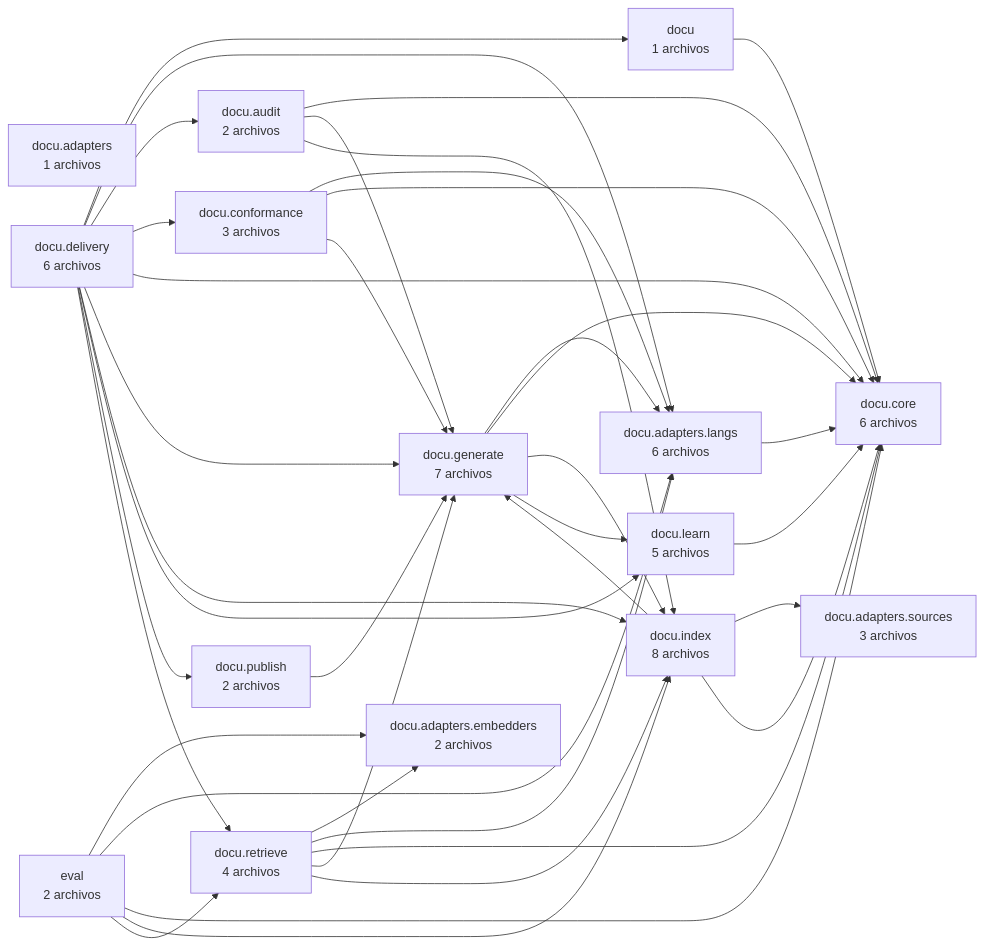
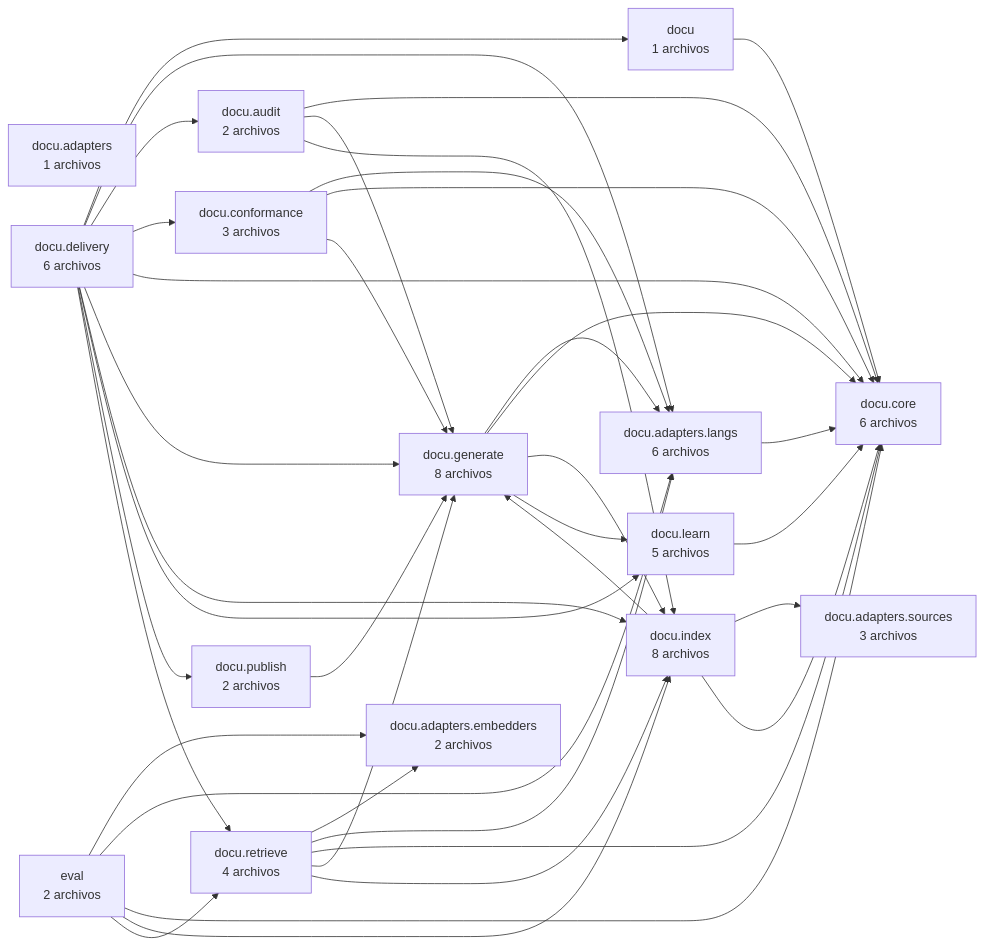
One commit to CharlyZeta/Docu changed the first of 5 diagrams in docs/generated/l1-manual-tecnico.md. Above: the diagram before and after it, drawn with Mermaid. The commit also changed other lines of this file and 14 other files, not shown here.

````diff
--- a/docs/generated/l1-manual-tecnico.md
+++ b/docs/generated/l1-manual-tecnico.md
@@ -111,55 +111,55 @@
 ```mermaid
 flowchart LR
     docu["docu<br/>1 archivos"]
     docu_adapters["docu.adapters<br/>1 archivos"]
     docu_adapters_embedders["docu.adapters.embedders<br/>2 archivos"]
     docu_adapters_langs["docu.adapters.langs<br/>6 archivos"]
     docu_adapters_sources["docu.adapters.sources<br/>3 archivos"]
     docu_audit["docu.audit<br/>2 archivos"]
     docu_conformance["docu.conformance<br/>3 archivos"]
     docu_core["docu.core<br/>6 archivos"]
     docu_delivery["docu.delivery<br/>6 archivos"]
-    docu_generate["docu.generate<br/>7 archivos"]
+    docu_generate["docu.generate<br/>8 archivos"]
     docu_index["docu.index<br/>8 archivos"]
     docu_learn["docu.learn<br/>5 archivos"]
     docu_publish["docu.publish<br/>2 archivos"]
     docu_retrieve["docu.retrieve<br/>4 archivos"]
     eval["eval<br/>2 archivos"]
     docu --> docu_core
     docu_adapters_langs --> docu_core
     docu_audit --> docu_core
     docu_audit --> docu_generate
     docu_audit --> docu_index
     docu_conformance --> docu_adapters_langs
     docu_conformance --> docu_core
     docu_conformance --> docu_generate
     docu_delivery --> docu
     docu_delivery --> docu_adapters_langs
     docu_delivery --> docu_audit
     docu_delivery --> docu_conformance
     docu_delivery --> docu_core
     docu_delivery --> docu_generate
     docu_delivery --> docu_index
     docu_delivery --> docu_learn
     docu_delivery --> docu_publish
     docu_delivery --> docu_retrieve
     docu_generate --> docu_adapters_langs
     docu_generate --> docu_core
     docu_generate --> docu_index
     docu_generate --> docu_learn
     docu_index --> docu_adapters_sources
     docu_index --> docu_core
     docu_index --> docu_generate
     docu_learn --> docu_core
     docu_publish --> docu_generate
     docu_retrieve --> docu_adapters_embedders
     docu_retrieve --> docu_adapters_langs
     docu_retrieve --> docu_core
     docu_retrieve --> docu_generate
     docu_retrieve --> docu_index
     eval --> docu_adapters_embedders
     eval --> docu_adapters_langs
     eval --> docu_core
     eval --> docu_index
     eval --> docu_retrieve
 ```
````
